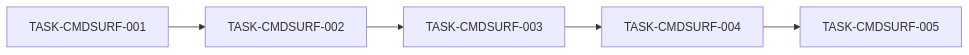
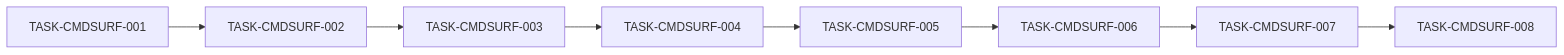
The diagram in docs/data/task-dependency-matrix.md (hollisyao2024/PromptsEngineering), drawn with Mermaid before and after one commit. The commit also changed other lines of this file and 14 other files, not shown here.

````diff
--- a/docs/data/task-dependency-matrix.md
+++ b/docs/data/task-dependency-matrix.md
@@ -10,7 +12,10 @@
 ```mermaid
 flowchart LR
   T1[TASK-CMDSURF-001] --> T2[TASK-CMDSURF-002]
   T2 --> T3[TASK-CMDSURF-003]
   T3 --> T4[TASK-CMDSURF-004]
   T4 --> T5[TASK-CMDSURF-005]
+  T5 --> T6[TASK-CMDSURF-006]
+  T6 --> T7[TASK-CMDSURF-007]
+  T7 --> T8[TASK-CMDSURF-008]
 ```
````
